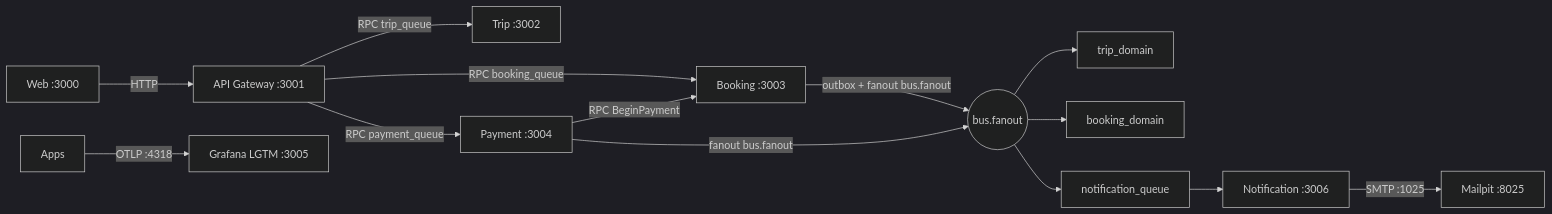
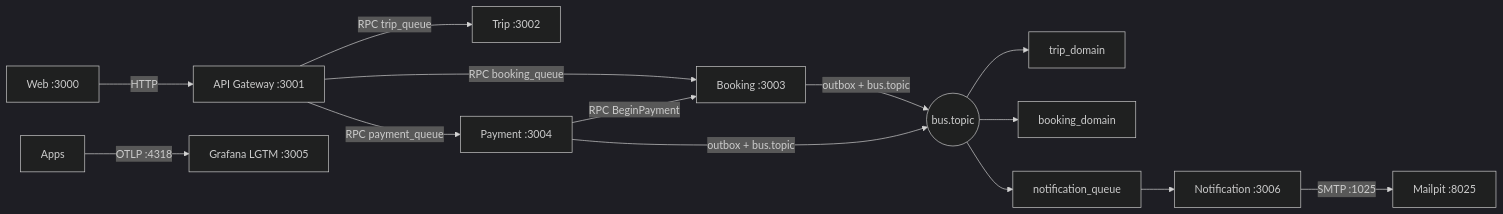
One commit to matheus55391/bus-booking-platform changed the first of 2 diagrams in docs/architecture.md. Above: the diagram before and after it, drawn with Mermaid (dark theme). The commit also changed other lines of this file and 46 other files, not shown here.

````diff
--- a/docs/architecture.md
+++ b/docs/architecture.md
@@ -7,16 +7,16 @@
 ```mermaid
 flowchart LR
   Web[Web :3000] -->|HTTP| GW[API Gateway :3001]
   GW -->|RPC trip_queue| Trip[Trip :3002]
   GW -->|RPC booking_queue| Booking[Booking :3003]
   GW -->|RPC payment_queue| Payment[Payment :3004]
   Payment -->|RPC BeginPayment| Booking
-  Booking -->|outbox + fanout bus.fanout| Fanout((bus.fanout))
-  Payment -->|fanout bus.fanout| Fanout
-  Fanout --> TripDomain[trip_domain]
-  Fanout --> BookingDomain[booking_domain]
-  Fanout --> NotifQ[notification_queue]
+  Booking -->|outbox + bus.topic| Topic((bus.topic))
+  Payment -->|outbox + bus.topic| Topic
+  Topic --> TripDomain[trip_domain]
+  Topic --> BookingDomain[booking_domain]
+  Topic --> NotifQ[notification_queue]
   NotifQ --> Notif[Notification :3006]
   Notif -->|SMTP :1025| Mailpit[Mailpit :8025]
   Apps[Apps] -->|OTLP :4318| LGTM[Grafana LGTM :3005]
 ```
````
